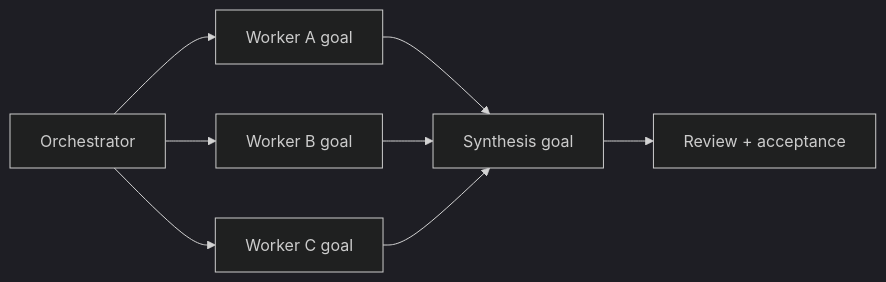
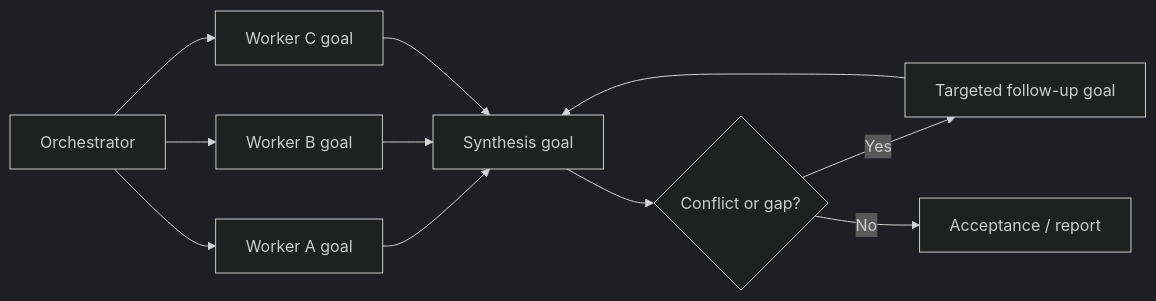
The second of 4 diagrams in README.md (patrick-fu/parallel-goal-workflows), drawn with Mermaid (dark theme) before and after one commit. The commit also changed other lines of this file and 1 other file, not shown here.

First line of the commit message:
Simplify standalone workflow shape diagrams

````diff
--- a/README.md
+++ b/README.md
@@ -89,10 +89,13 @@
 ```mermaid
 flowchart LR
   O["Orchestrator"] --> A["Worker A goal"]
   O --> B["Worker B goal"]
   O --> C["Worker C goal"]
   A --> S["Synthesis goal"]
   B --> S
   C --> S
-  S --> R["Review + acceptance"]
+  S --> Decision{"Conflict or gap?"}
+  Decision -- "Yes" --> Followup["Targeted follow-up goal"]
+  Followup --> S
+  Decision -- "No" --> Acceptance["Acceptance / report"]
 ```
````
